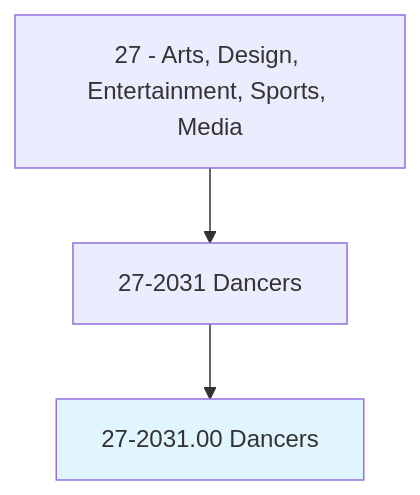
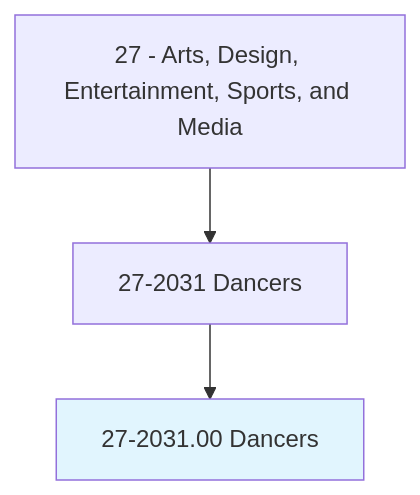
One commit to kziemski/business.org.ai changed the first of 4 diagrams in occupations/ArtsMedia/Dancers.mdx. Above: the diagram before and after it, drawn with Mermaid. The commit also changed other lines of this file and 938 other files, not shown here.

````diff
--- a/occupations/ArtsMedia/Dancers.mdx
+++ b/occupations/ArtsMedia/Dancers.mdx
@@ -19,6 +23,6 @@
 ```mermaid
 graph TD
-    Cat27["27 - Arts, Design, Entertainment, Sports, Media"] --> Group272031["27-2031 Dancers"]
+    Cat27["27 - Arts, Design, Entertainment, Sports, and Media"] --> Group272031["27-2031 Dancers"]
     Group272031 --> Current["27-2031.00 Dancers"]
     style Current fill:#e1f5fe
 ```
````
